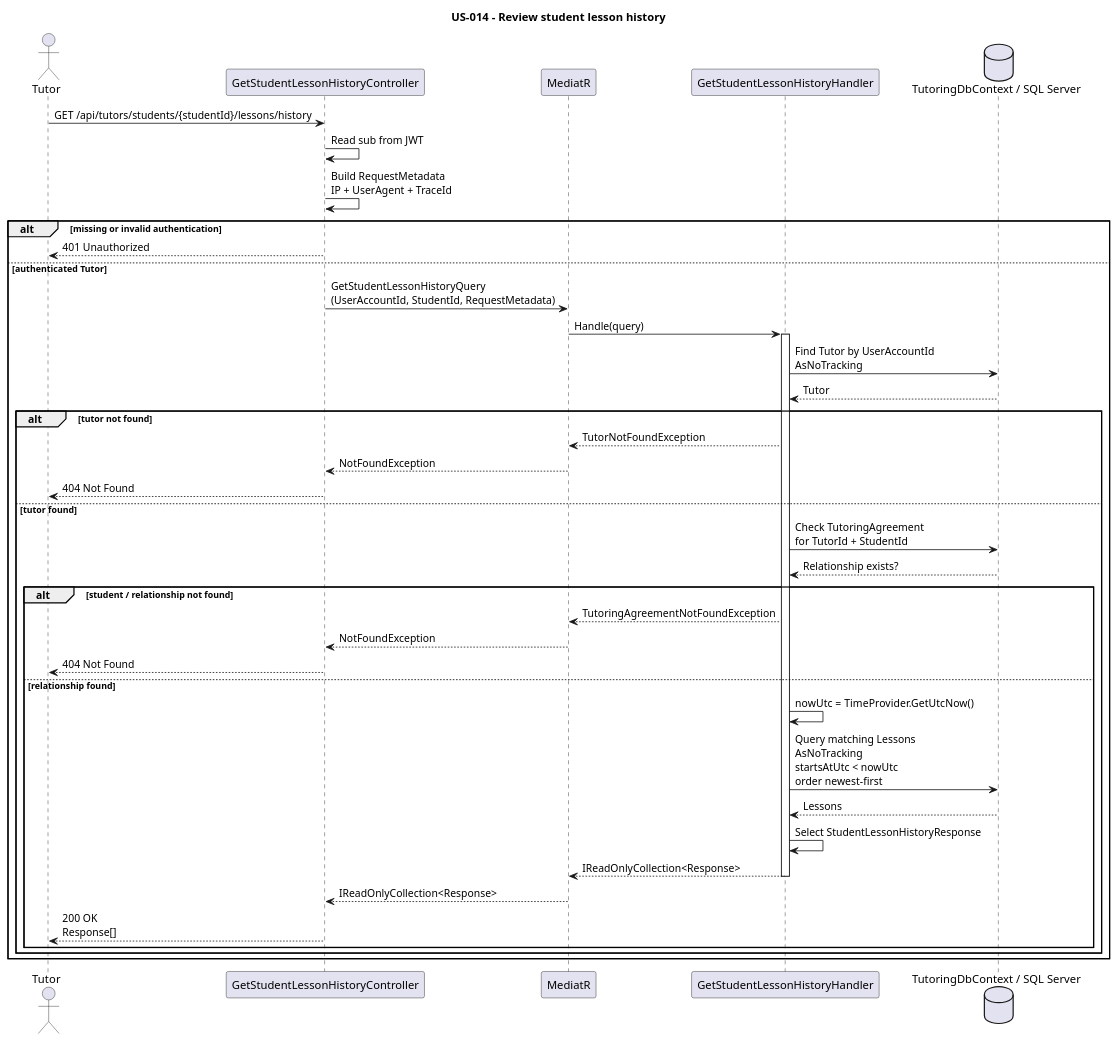
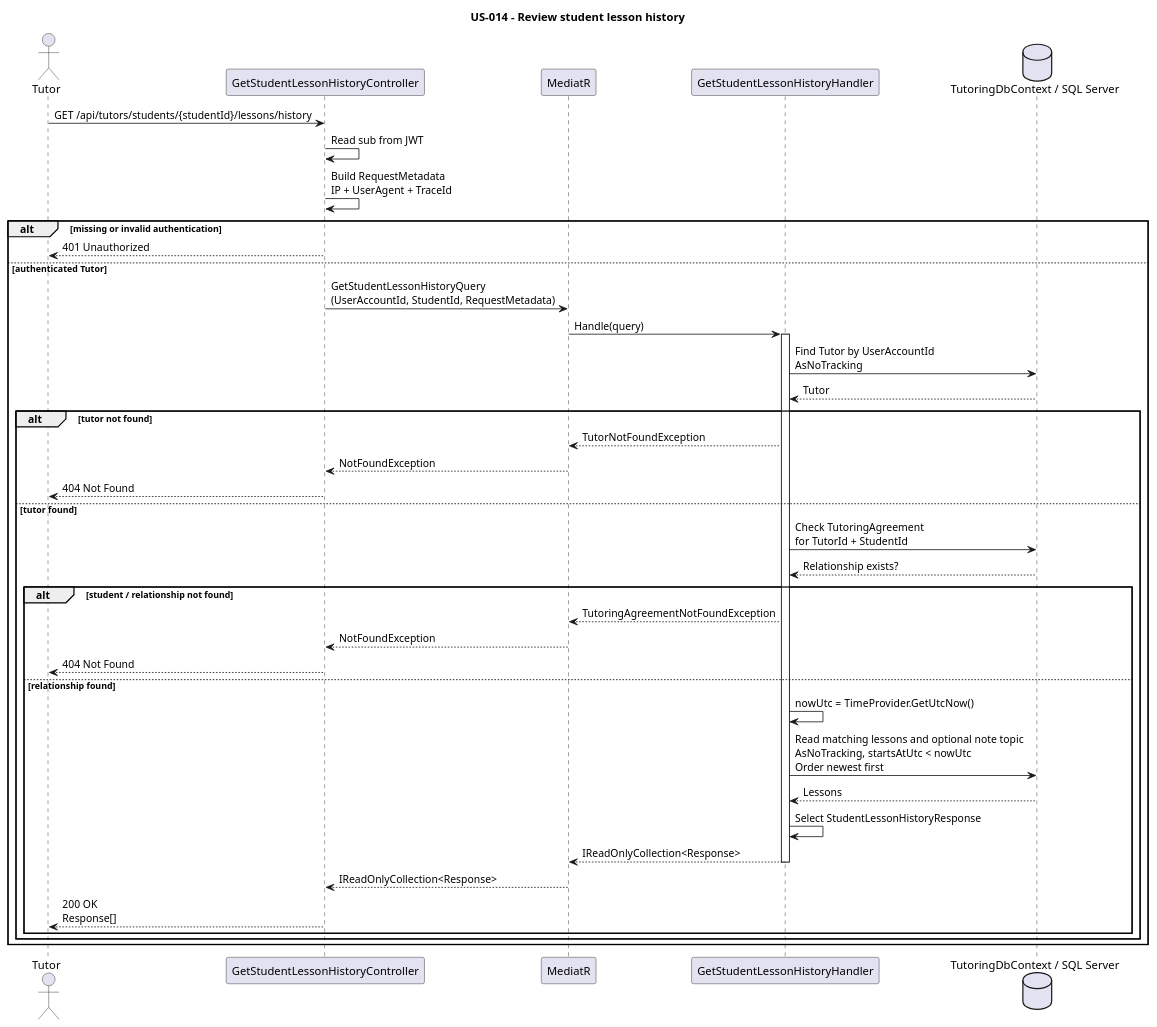
The diagram in docs/technical_docs/backend_docs/user_stories/us_014/diagrams/get_student_lesson_history_sequence.puml (JStec0312/Tutoring-CRM-System), drawn with PlantUML before and after one commit. The commit also changed 41 other files, not shown here.

```diff
--- a/docs/technical_docs/backend_docs/user_stories/us_014/diagrams/get_student_lesson_history_sequence.puml
+++ b/docs/technical_docs/backend_docs/user_stories/us_014/diagrams/get_student_lesson_history_sequence.puml
@@ -1,51 +1,51 @@
 @startuml
 skinparam backgroundColor white
 
 title US-014 - Review student lesson history
 
 actor Tutor
 participant "GetStudentLessonHistoryController" as Controller
 participant MediatR
 participant "GetStudentLessonHistoryHandler" as Handler
 database "TutoringDbContext / SQL Server" as Db
 
 Tutor -> Controller: GET /api/tutors/students/{studentId}/lessons/history
 Controller -> Controller: Read sub from JWT
 Controller -> Controller: Build RequestMetadata\nIP + UserAgent + TraceId
 
 alt missing or invalid authentication
     Controller --> Tutor: 401 Unauthorized
 else authenticated Tutor
     Controller -> MediatR: GetStudentLessonHistoryQuery\n(UserAccountId, StudentId, RequestMetadata)
     MediatR -> Handler: Handle(query)
     activate Handler
 
     Handler -> Db: Find Tutor by UserAccountId\nAsNoTracking
     Db --> Handler: Tutor
 
     alt tutor not found
         Handler --> MediatR: TutorNotFoundException
         MediatR --> Controller: NotFoundException
         Controller --> Tutor: 404 Not Found
     else tutor found
         Handler -> Db: Check TutoringAgreement\nfor TutorId + StudentId
         Db --> Handler: Relationship exists?
 
         alt student / relationship not found
             Handler --> MediatR: TutoringAgreementNotFoundException
             MediatR --> Controller: NotFoundException
             Controller --> Tutor: 404 Not Found
         else relationship found
             Handler -> Handler: nowUtc = TimeProvider.GetUtcNow()
-            Handler -> Db: Query matching Lessons\nAsNoTracking\nstartsAtUtc < nowUtc\norder newest-first
+            Handler -> Db: Read matching lessons and optional note topic\nAsNoTracking, startsAtUtc < nowUtc\nOrder newest first
             Db --> Handler: Lessons
             Handler -> Handler: Select StudentLessonHistoryResponse
             Handler --> MediatR: IReadOnlyCollection<Response>
             deactivate Handler
             MediatR --> Controller: IReadOnlyCollection<Response>
             Controller --> Tutor: 200 OK\nResponse[]
         end
     end
 end
 
 @enduml
```
